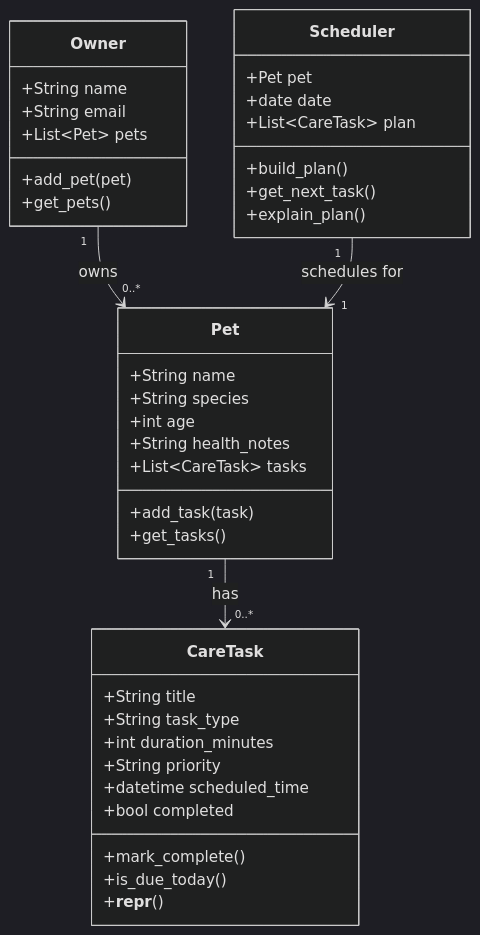
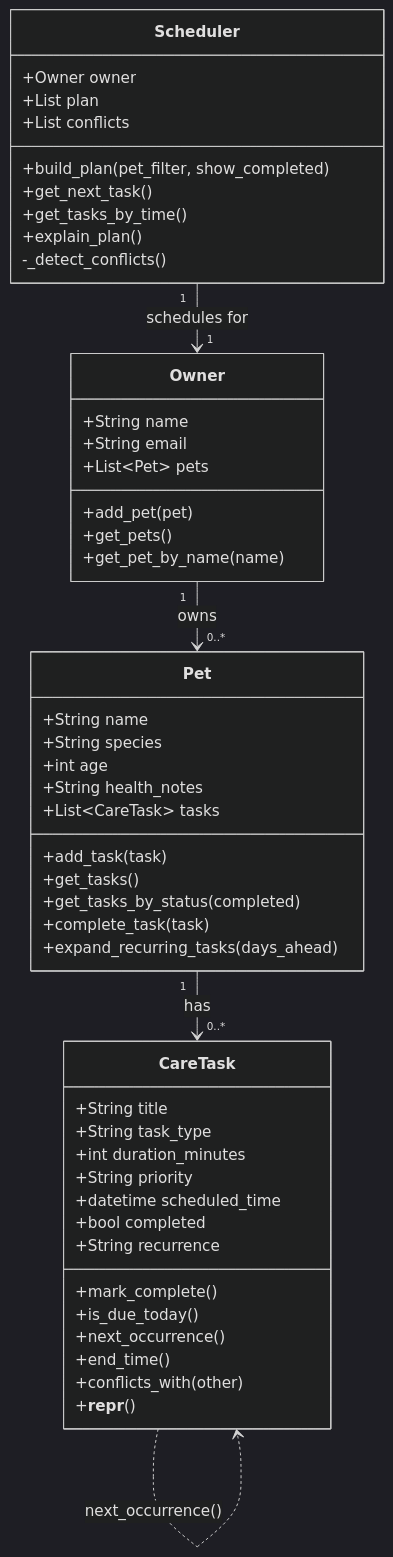
One commit to alphin-08/applied-ai-system-project changed the diagram in class_diagram.mmd. Above: the diagram before and after it, drawn with Mermaid (dark theme). The commit also changed 5 other files, not shown here.

Commit message:
Polished UI, finalized UML, and added smart scheduling features

```diff
--- a/class_diagram.mmd
+++ b/class_diagram.mmd
@@ -1,43 +1,54 @@
 classDiagram
     class Owner {
         +String name
         +String email
         +List~Pet~ pets
         +add_pet(pet)
         +get_pets()
+        +get_pet_by_name(name)
     }
 
     class Pet {
         +String name
         +String species
         +int age
         +String health_notes
         +List~CareTask~ tasks
         +add_task(task)
         +get_tasks()
+        +get_tasks_by_status(completed)
+        +complete_task(task)
+        +expand_recurring_tasks(days_ahead)
     }
 
     class CareTask {
         +String title
         +String task_type
         +int duration_minutes
         +String priority
         +datetime scheduled_time
         +bool completed
+        +String recurrence
         +mark_complete()
         +is_due_today()
+        +next_occurrence()
+        +end_time()
+        +conflicts_with(other)
         +__repr__()
     }
 
     class Scheduler {
-        +Pet pet
-        +date date
-        +List~CareTask~ plan
-        +build_plan()
+        +Owner owner
+        +List plan
+        +List conflicts
+        +build_plan(pet_filter, show_completed)
         +get_next_task()
+        +get_tasks_by_time()
         +explain_plan()
+        -_detect_conflicts()
     }
 
     Owner "1" --> "0..*" Pet : owns
     Pet "1" --> "0..*" CareTask : has
-    Scheduler "1" --> "1" Pet : schedules for
+    Scheduler "1" --> "1" Owner : schedules for
+    CareTask ..> CareTask : next_occurrence()
```
